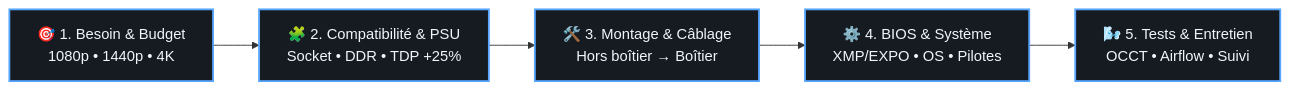
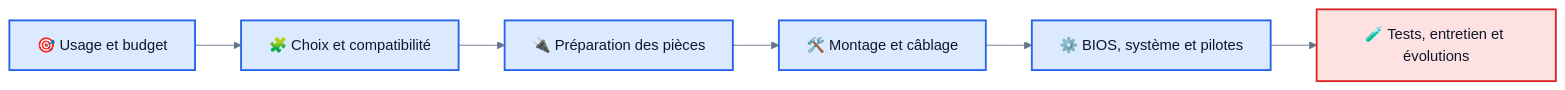
The first of 3 diagrams in README.md (teremuhamblin/PCperso), drawn with Mermaid before and after one commit. The commit also changed other lines of this file, not shown here.

````diff
--- a/README.md
+++ b/README.md
@@ -96,10 +94,13 @@
 ```mermaid
+%%{init: {"theme":"base","themeVariables":{"primaryColor":"#DBEAFE","primaryTextColor":"#0F172A","primaryBorderColor":"#2563EB","lineColor":"#64748B","secondaryColor":"#FEE2E2","tertiaryColor":"#EFF6FF","fontFamily":"Arial"}}}%%
 flowchart LR
-    A["🎯 1. Besoin & Budget<br/>1080p • 1440p • 4K"] --> B["🧩 2. Compatibilité & PSU<br/>Socket • DDR • TDP +25%"]
-    B --> C["🛠️ 3. Montage & Câblage<br/>Hors boîtier → Boîtier"]
-    C --> D["⚙️ 4. BIOS & Système<br/>XMP/EXPO • OS • Pilotes"]
-    D --> E["🌬️ 5. Tests & Entretien<br/>OCCT • Airflow • Suivi"]
-
-    classDef step fill:#161b22,stroke:#58a6ff,stroke-width:2px,color:#f0f6fc;
-    class A,B,C,D,E step;
+    A["🎯 Usage et budget"] --> B["🧩 Choix et compatibilité"]
+    B --> C["🔌 Préparation des pièces"]
+    C --> D["🛠️ Montage et câblage"]
+    D --> E["⚙️ BIOS, système et pilotes"]
+    E --> F["🧪 Tests, entretien et évolutions"]
+    classDef blue fill:#DBEAFE,stroke:#2563EB,color:#0F172A,stroke-width:2px
+    classDef red fill:#FEE2E2,stroke:#DC2626,color:#0F172A,stroke-width:2px
+    class A,B,C,D,E blue
+    class F red
 ```
````
